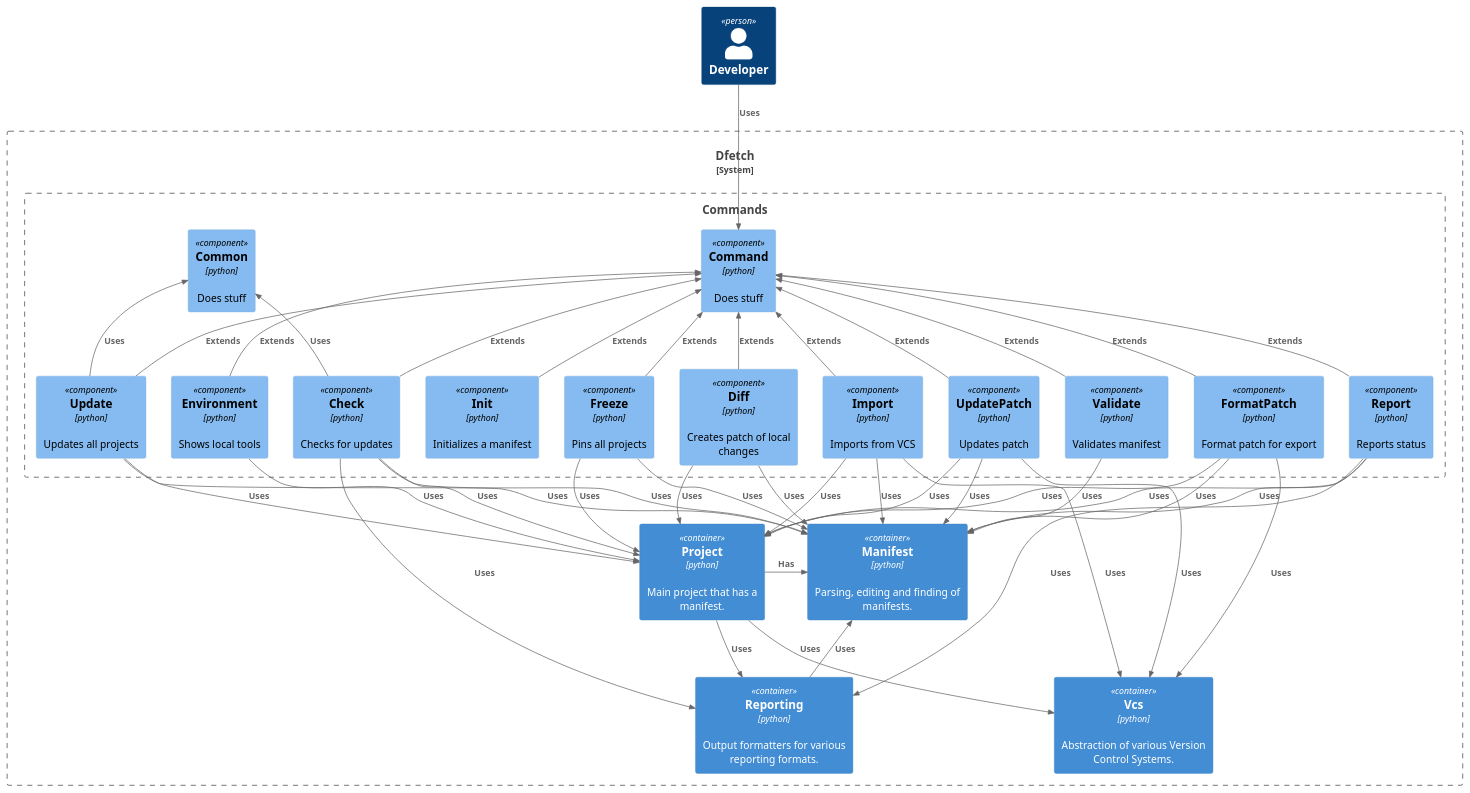
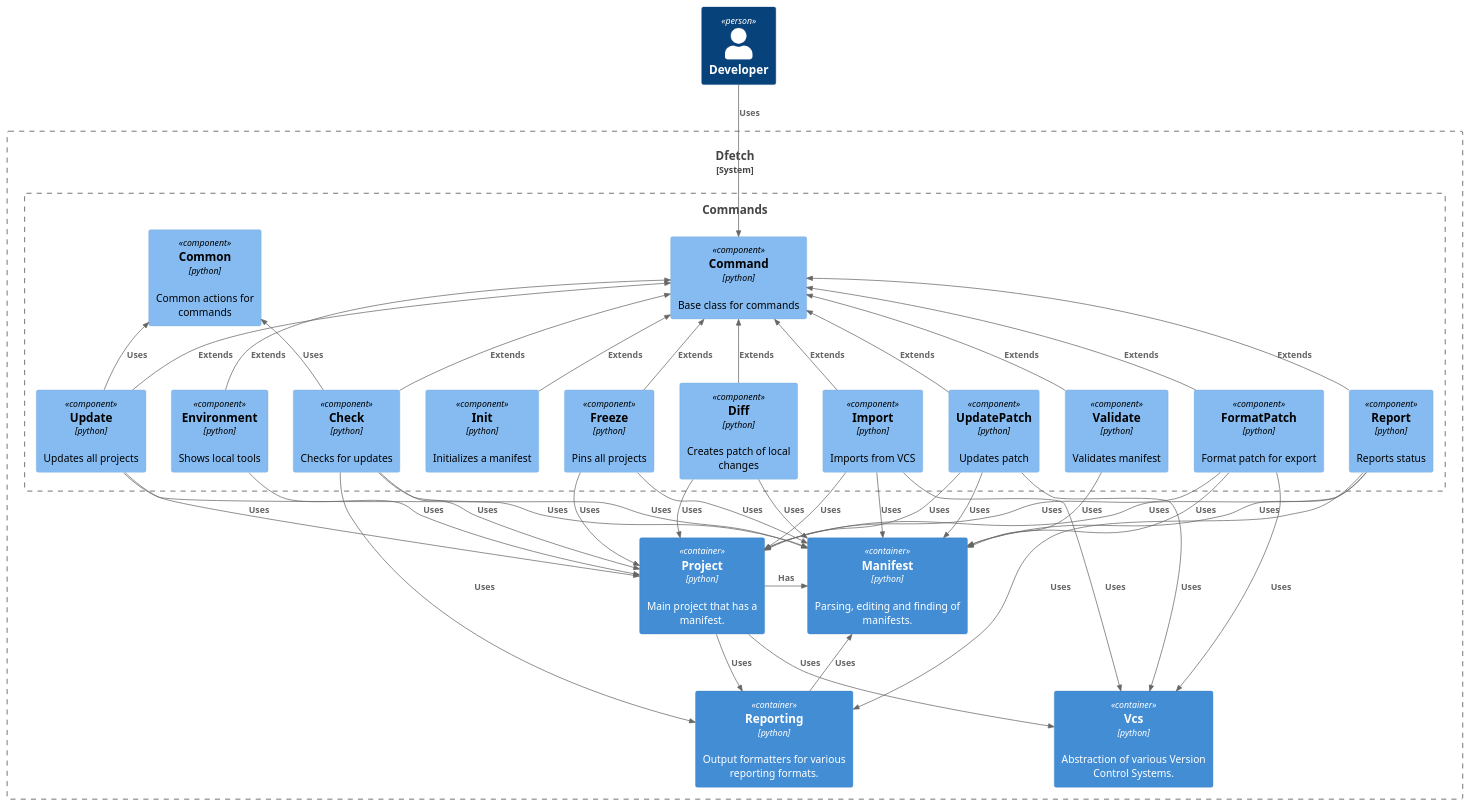
The diagram in doc/static/uml/c3_dfetch_components_commands.puml (dfetch-org/dfetch), drawn with PlantUML before and after one commit.

Commit message:
Remove Does Stuff placeholders

```diff
--- a/doc/static/uml/c3_dfetch_components_commands.puml
+++ b/doc/static/uml/c3_dfetch_components_commands.puml
@@ -1,87 +1,87 @@
 @startuml
 
 !include https://raw.githubusercontent.com/plantuml-stdlib/C4-PlantUML/master/C4_Component.puml
 
 Person(user, "Developer")
 
 System_Boundary(DFetch, "Dfetch") {
 
     Boundary(DFetchCommands, "Commands") {
-        Component(compCommon, "Common", "python", "Does stuff")
-        Component(compCommand, "Command", "python", "Does stuff")
+        Component(compCommon, "Common", "python", "Common actions for commands")
+        Component(compCommand, "Command", "python", "Base class for commands")
 
         Component(compCheck, "Check", "python", "Checks for updates")
         Component(compDiff, "Diff", "python", "Creates patch of local changes")
         Component(compEnv, "Environment", "python", "Shows local tools")
         Component(compFormatPatch, "FormatPatch", "python", "Format patch for export")
         Component(compFreeze, "Freeze", "python", "Pins all projects")
         Component(compImport, "Import", "python", "Imports from VCS")
         Component(compInit, "Init", "python", "Initializes a manifest")
         Component(compReport, "Report", "python", "Reports status")
         Component(compUpdate, "Update", "python", "Updates all projects")
         Component(compUpdatePatch, "UpdatePatch", "python", "Updates patch")
         Component(compValidate, "Validate", "python", "Validates manifest")
 
         Rel_U(compCheck, compCommand, "Extends")
         Rel_U(compDiff, compCommand, "Extends")
         Rel_U(compEnv, compCommand, "Extends")
         Rel_U(compFormatPatch, compCommand, "Extends")
         Rel_U(compFreeze, compCommand, "Extends")
         Rel_U(compImport, compCommand, "Extends")
         Rel_U(compInit, compCommand, "Extends")
         Rel_U(compReport, compCommand, "Extends")
         Rel_U(compUpdate, compCommand, "Extends")
         Rel_U(compUpdatePatch, compCommand, "Extends")
         Rel_U(compValidate, compCommand, "Extends")
 
         Rel_U(compUpdate, compCommon, "Uses")
         Rel_U(compCheck, compCommon, "Uses")
     }
 
     Container(contManifest, "Manifest", "python", "Parsing, editing and finding of manifests.")
     Container(contProject, "Project", "python", "Main project that has a manifest.")
     Container(contVcs, "Vcs", "python", "Abstraction of various Version Control Systems.")
     Container(contReporting, "Reporting", "python", "Output formatters for various reporting formats.")
 
     Rel(compCheck, contManifest, "Uses")
     Rel(compCheck, contProject, "Uses")
     Rel(compCheck, contReporting, "Uses")
 
     Rel(compDiff, contManifest, "Uses")
     Rel(compDiff, contProject, "Uses")
 
     Rel(compEnv, contProject, "Uses")
 
     Rel(compFormatPatch, contManifest, "Uses")
     Rel(compFormatPatch, contProject, "Uses")
     Rel(compFormatPatch, contVcs, "Uses")
 
     Rel(compFreeze, contManifest, "Uses")
     Rel(compFreeze, contProject, "Uses")
 
     Rel(compImport, contManifest, "Uses")
     Rel(compImport, contProject, "Uses")
     Rel(compImport, contVcs, "Uses")
 
     Rel(compReport, contManifest, "Uses")
     Rel(compReport, contProject, "Uses")
     Rel(compReport, contReporting, "Uses")
 
     Rel(compUpdate, contManifest, "Uses")
     Rel(compUpdate, contProject, "Uses")
 
     Rel(compUpdatePatch, contManifest, "Uses")
     Rel(compUpdatePatch, contProject, "Uses")
     Rel(compUpdatePatch, contVcs, "Uses")
 
     Rel(compValidate, contManifest, "Uses")
 
     Rel(contProject, contReporting, "Uses")
     Rel_R(contProject, contManifest, "Has")
     Rel_U(contReporting, contManifest, "Uses")
     Rel(contProject, contVcs, "Uses")
 }
 
 Rel(user, compCommand, "Uses")
 
 @enduml
```
